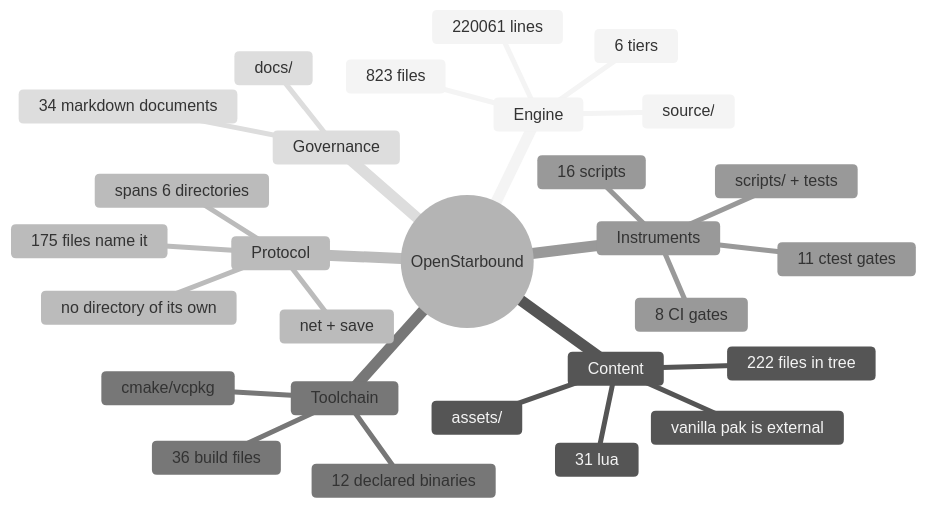
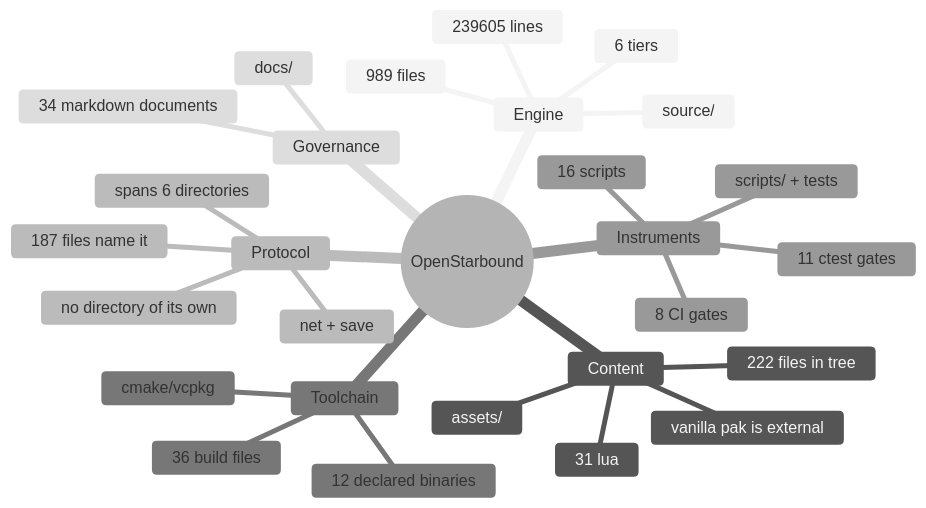
Before and after one commit to apnex/OpenStarbound: the second of 11 diagrams in docs/architecture/system-boundaries.md, drawn with Mermaid (neutral theme). The commit also changed other lines of this file and 3 other files, not shown here.

````diff
--- a/docs/architecture/system-boundaries.md
+++ b/docs/architecture/system-boundaries.md
@@ -69,31 +88,31 @@
 ```mermaid
 mindmap
   root((OpenStarbound))
     Engine
       source/
-      823 files
-      220061 lines
+      989 files
+      239605 lines
       6 tiers
     Content
       assets/
       222 files in tree
       31 lua
       vanilla pak is external
     Protocol
       net + save
-      175 files name it
+      187 files name it
       spans 6 directories
       no directory of its own
     Toolchain
       cmake/vcpkg
       36 build files
       12 declared binaries
     Instruments
       scripts/ + tests
       16 scripts
       11 ctest gates
       8 CI gates
     Governance
       docs/
       34 markdown documents
 ```
````
